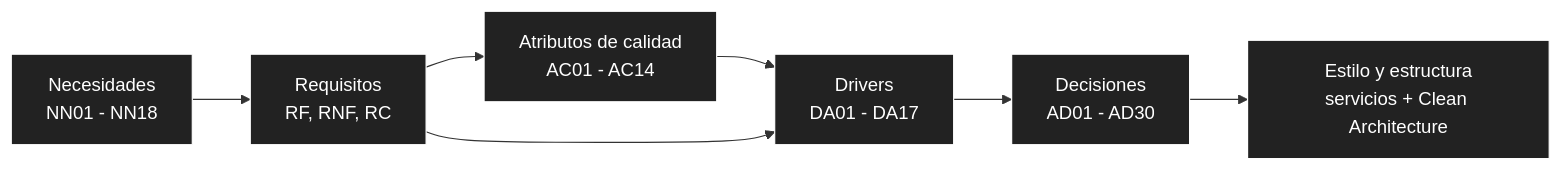
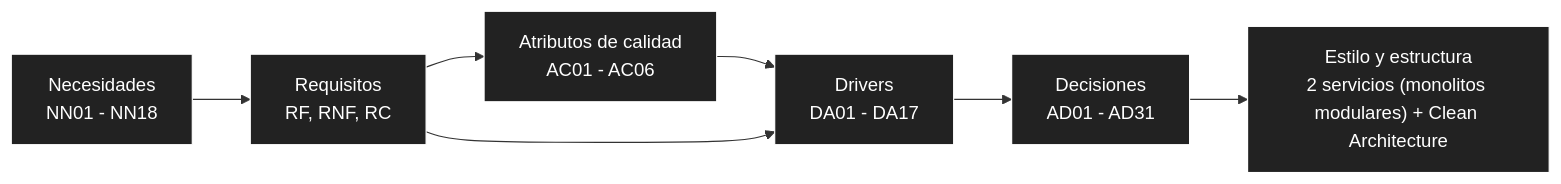
One commit to P35C4D0R4B1050/BabelHub changed the diagram in docs/02-arquitectura-de-software/01-drivers-arquitectonicos.md. Above: the diagram before and after it, drawn with Mermaid. The commit also changed other lines of this file and 34 other files, not shown here.

First line of the commit message:
docs: reformulate the architecture around two modular services and six quality attributes

````diff
--- a/docs/02-arquitectura-de-software/01-drivers-arquitectonicos.md
+++ b/docs/02-arquitectura-de-software/01-drivers-arquitectonicos.md
@@ -7,16 +7,16 @@
 ```mermaid
 flowchart LR
 NN["Necesidades<br/>NN01 - NN18"] --> REQ["Requisitos<br/>RF, RNF, RC"]
-REQ --> AC["Atributos de calidad<br/>AC01 - AC14"]
+REQ --> AC["Atributos de calidad<br/>AC01 - AC06"]
 AC --> DA["Drivers<br/>DA01 - DA17"]
 REQ --> DA
-DA --> AD["Decisiones<br/>AD01 - AD30"]
-AD --> EST["Estilo y estructura<br/>servicios + Clean Architecture"]
+DA --> AD["Decisiones<br/>AD01 - AD31"]
+AD --> EST["Estilo y estructura<br/>2 servicios (monolitos modulares) + Clean Architecture"]
 
 style NN fill:#222,stroke:#fff,color:#fff
 style REQ fill:#222,stroke:#fff,color:#fff
 style AC fill:#222,stroke:#fff,color:#fff
 style DA fill:#222,stroke:#fff,color:#fff
 style AD fill:#222,stroke:#fff,color:#fff
 style EST fill:#222,stroke:#fff,color:#fff
 ```
````
